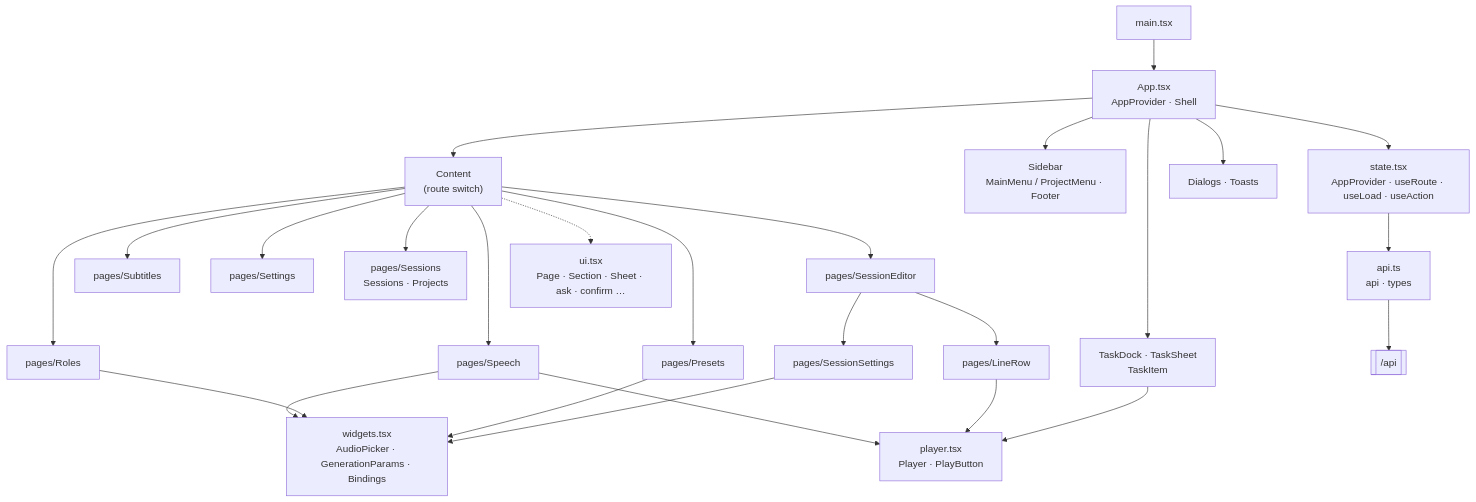
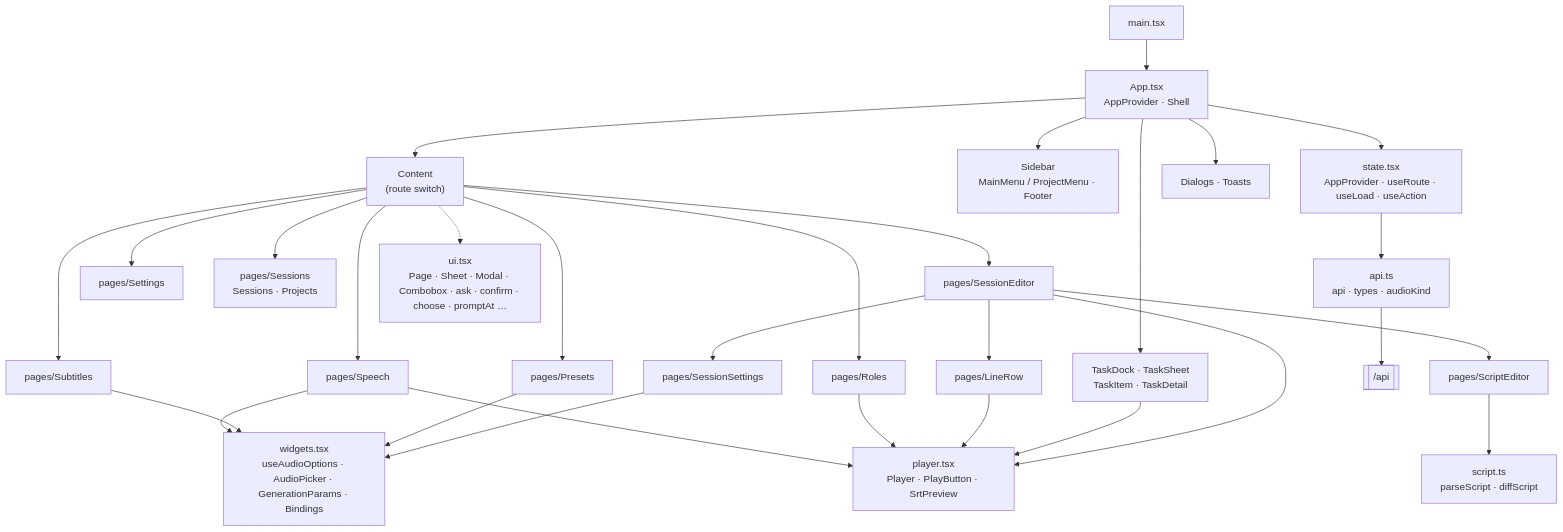
The second of 3 diagrams in docs/architecture.md (Sansui233/index-tts), drawn with Mermaid before and after one commit. The commit also changed other lines of this file and 32 other files, not shown here.

````diff
--- a/docs/architecture.md
+++ b/docs/architecture.md
@@ -45,26 +45,28 @@
 ```mermaid
 flowchart TD
     main["main.tsx"] --> App["App.tsx<br/>AppProvider · Shell"]
     App --> state["state.tsx<br/>AppProvider · useRoute · useLoad · useAction"]
-    state --> api["api.ts<br/>api · types"]
+    state --> api["api.ts<br/>api · types · audioKind"]
 
     App --> Sidebar["Sidebar<br/>MainMenu / ProjectMenu · Footer"]
     App --> Content["Content<br/>(route switch)"]
-    App --> Dock["TaskDock · TaskSheet<br/>TaskItem"]
+    App --> Dock["TaskDock · TaskSheet<br/>TaskItem · TaskDetail"]
     App --> Overlays["Dialogs · Toasts"]
 
     Content --> Speech["pages/Speech"]
     Content --> Subtitles["pages/Subtitles"]
     Content --> Roles["pages/Roles"]
     Content --> Presets["pages/Presets"]
     Content --> Settings["pages/Settings"]
     Content --> Sessions["pages/Sessions<br/>Sessions · Projects"]
     Content --> Editor["pages/SessionEditor"]
     Editor --> LineRow["pages/LineRow"]
     Editor --> SessionSettings["pages/SessionSettings"]
+    Editor --> Script["pages/ScriptEditor"]
+    Script --> scriptts["script.ts<br/>parseScript · diffScript"]
 
-    Speech & Roles & Presets & SessionSettings --> widgets["widgets.tsx<br/>AudioPicker · GenerationParams · Bindings"]
-    Speech & LineRow & Dock --> player["player.tsx<br/>Player · PlayButton"]
-    Content -.-> ui["ui.tsx<br/>Page · Section · Sheet · ask · confirm …"]
+    Speech & Subtitles & Presets & SessionSettings --> widgets["widgets.tsx<br/>useAudioOptions · AudioPicker · GenerationParams · Bindings"]
+    Speech & Roles & LineRow & Dock & Editor --> player["player.tsx<br/>Player · PlayButton · SrtPreview"]
+    Content -.-> ui["ui.tsx<br/>Page · Sheet · Modal · Combobox · ask · confirm · choose · promptAt …"]
     api --> HTTP[["/api"]]
 ```
````
